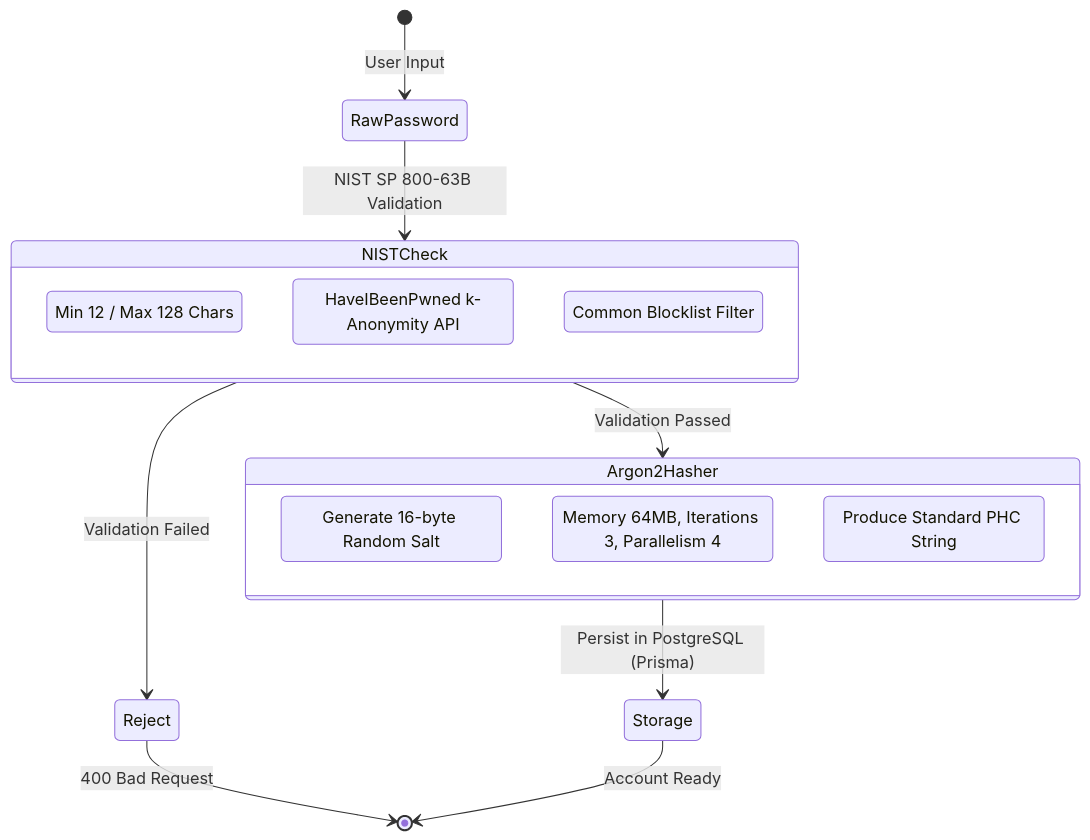
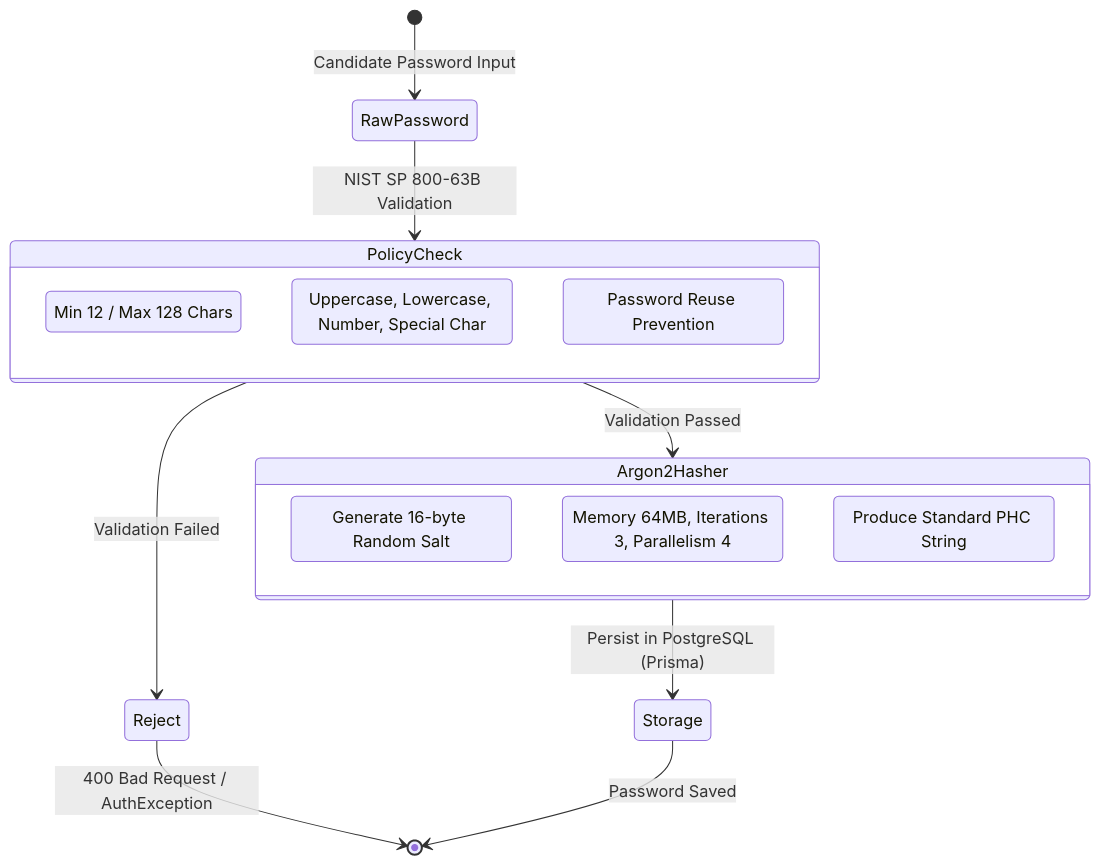
Before and after one commit to izzydin/kinergy-platform: the diagram in docs/security/password-policy.md, drawn with Mermaid. The commit also changed other lines of this file and 2 other files, not shown here.

````diff
--- a/docs/security/password-policy.md
+++ b/docs/security/password-policy.md
@@ -32,25 +29,25 @@
 ```mermaid
 stateDiagram-v2
-    [*] --> RawPassword: User Input
-    RawPassword --> NISTCheck: NIST SP 800-63B Validation
+    [*] --> RawPassword: Candidate Password Input
+    RawPassword --> PolicyCheck: NIST SP 800-63B Validation
 
-    state NISTCheck {
+    state PolicyCheck {
         LengthCheck: Min 12 / Max 128 Chars
-        BreachCheck: HaveIBeenPwned k-Anonymity API
-        DictionaryCheck: Common Blocklist Filter
+        ComplexityCheck: Uppercase, Lowercase, Number, Special Char
+        ReuseCheck: Password Reuse Prevention
     }
 
-    NISTCheck --> Reject: Validation Failed
-    Reject --> [*]: 400 Bad Request
+    PolicyCheck --> Reject: Validation Failed
+    Reject --> [*]: 400 Bad Request / AuthException
 
-    NISTCheck --> Argon2Hasher: Validation Passed
+    PolicyCheck --> Argon2Hasher: Validation Passed
 
     state Argon2Hasher {
         CSPRNG: Generate 16-byte Random Salt
         Params: Memory 64MB, Iterations 3, Parallelism 4
         ComputeHash: Produce Standard PHC String
     }
 
     Argon2Hasher --> Storage: Persist in PostgreSQL (Prisma)
-    Storage --> [*]: Account Ready
+    Storage --> [*]: Password Saved
 ```
````
